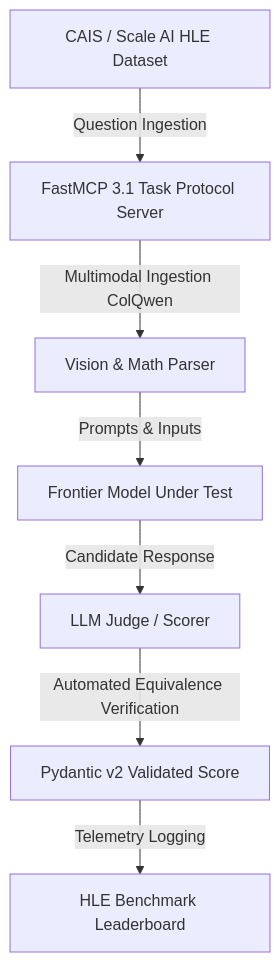
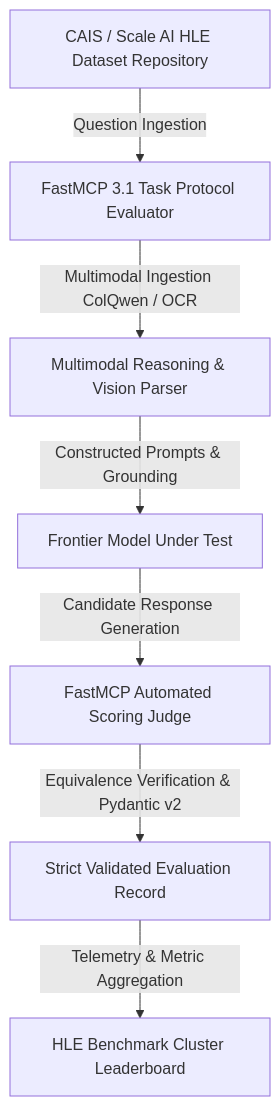
Before and after one commit to joanmarcriera/Home-office-automations: the diagram in docs/tools/benchmarking/humanitys-last-exam.md, drawn with Mermaid. The commit also changed other lines of this file and 5 other files, not shown here.

````diff
--- a/docs/tools/benchmarking/humanitys-last-exam.md
+++ b/docs/tools/benchmarking/humanitys-last-exam.md
@@ -8,9 +7,9 @@
 ```mermaid
 graph TD
-    A[CAIS / Scale AI HLE Dataset] -->|Question Ingestion| B[FastMCP 3.1 Task Protocol Server]
-    B -->|Multimodal Ingestion ColQwen| C[Vision & Math Parser]
-    C -->|Prompts & Inputs| D[Frontier Model Under Test]
-    D -->|Candidate Response| E[LLM Judge / Scorer]
-    E -->|Automated Equivalence Verification| F[Pydantic v2 Validated Score]
-    F -->|Telemetry Logging| G[HLE Benchmark Leaderboard]
+    A[CAIS / Scale AI HLE Dataset Repository] -->|Question Ingestion| B[FastMCP 3.1 Task Protocol Evaluator]
+    B -->|Multimodal Ingestion ColQwen / OCR| C[Multimodal Reasoning & Vision Parser]
+    C -->|Constructed Prompts & Grounding| D[Frontier Model Under Test]
+    D -->|Candidate Response Generation| E[FastMCP Automated Scoring Judge]
+    E -->|Equivalence Verification & Pydantic v2| F[Strict Validated Evaluation Record]
+    F -->|Telemetry & Metric Aggregation| G[HLE Benchmark Cluster Leaderboard]
 ```
````
